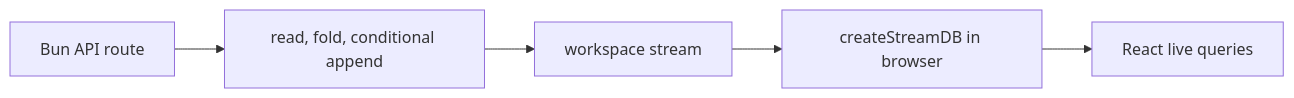
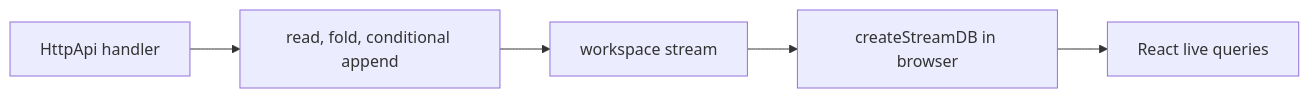
One commit to gingerhendrix/streamsy changed the diagram in examples/issue-tracker-demo/README.md. Above: the diagram before and after it, drawn with Mermaid. The commit also changed other lines of this file and 28 other files, not shown here.

First line of the commit message:
refactor(issue-tracker-demo): move the backend to Effect and HttpApi

````diff
--- a/examples/issue-tracker-demo/README.md
+++ b/examples/issue-tracker-demo/README.md
@@ -8,7 +8,7 @@
 ```mermaid
 flowchart LR
-  Route[Bun API route] --> Recipe[read, fold, conditional append]
+  Route[HttpApi handler] --> Recipe[read, fold, conditional append]
   Recipe --> Stream[workspace stream]
   Stream --> StreamDB[createStreamDB in browser]
   StreamDB --> React[React live queries]
 ```
````
